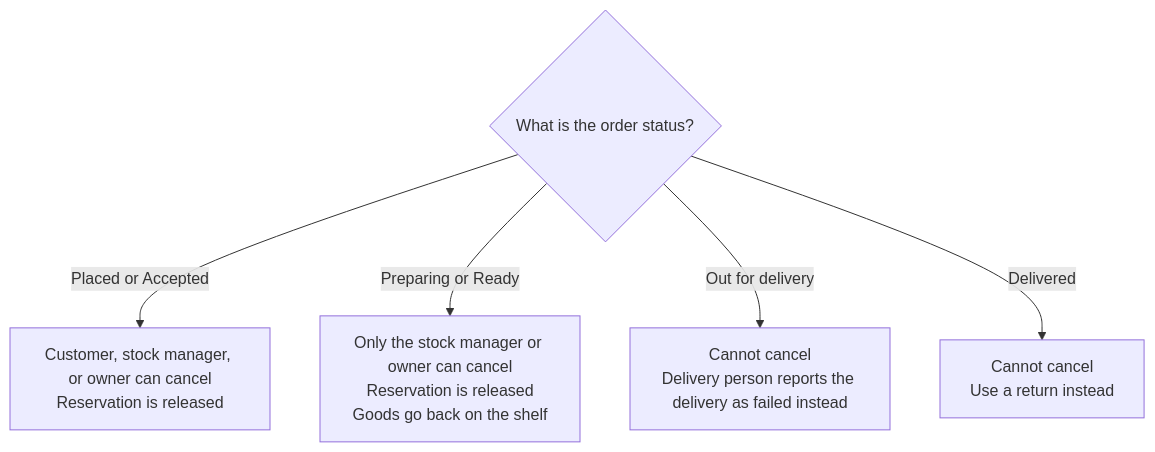
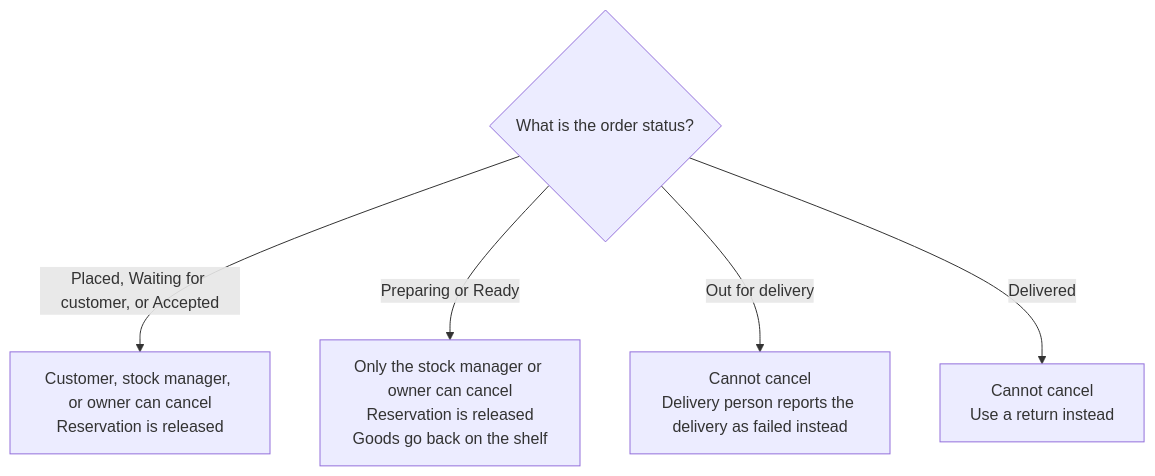
The fifth of 5 diagrams in docs/workflows/01-order-lifecycle.md (AhmedElnagarUU/Cosmo), drawn with Mermaid before and after one commit. The commit also changed other lines of this file and 28 other files, not shown here.

````diff
--- a/docs/workflows/01-order-lifecycle.md
+++ b/docs/workflows/01-order-lifecycle.md
@@ -118,8 +170,8 @@
 ```mermaid
 flowchart TD
     Q1{What is the order status?}
-    Q1 -- Placed or Accepted --> R1[Customer, stock manager, or owner can cancel<br/>Reservation is released]
+    Q1 -- Placed, Waiting for customer, or Accepted --> R1[Customer, stock manager, or owner can cancel<br/>Reservation is released]
     Q1 -- Preparing or Ready --> R2[Only the stock manager or owner can cancel<br/>Reservation is released<br/>Goods go back on the shelf]
     Q1 -- Out for delivery --> R3[Cannot cancel<br/>Delivery person reports the delivery as failed instead]
     Q1 -- Delivered --> R4[Cannot cancel<br/>Use a return instead]
 ```
````
